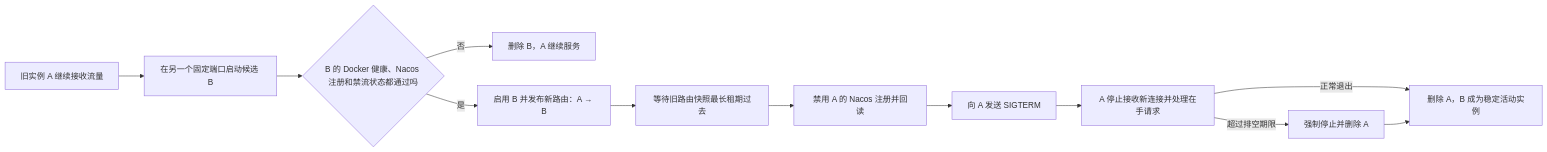
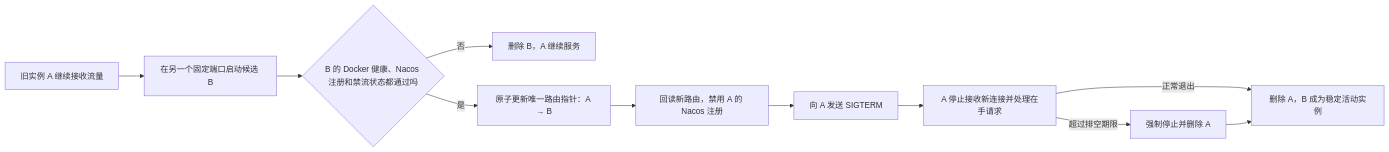
One commit to willLeek2/alphafrog-micro changed the diagram in deploy/beta/contract-0-3-manifest-global-state.md. Above: the diagram before and after it, drawn with Mermaid. The commit also changed other lines of this file and 3 other files, not shown here.

````diff
--- a/deploy/beta/contract-0-3-manifest-global-state.md
+++ b/deploy/beta/contract-0-3-manifest-global-state.md
@@ -17,14 +17,13 @@
 ```mermaid
 flowchart LR
     A[旧实例 A 继续接收流量] --> B[在另一个固定端口启动候选 B]
     B --> C{B 的 Docker 健康、Nacos 注册和禁流状态都通过吗}
     C -->|否| D[删除 B，A 继续服务]
-    C -->|是| E[启用 B 并发布新路由：A → B]
-    E --> L[等待旧路由快照最长租期过去]
-    L --> X[禁用 A 的 Nacos 注册并回读]
+    C -->|是| E[原子更新唯一路由指针：A → B]
+    E --> X[回读新路由，禁用 A 的 Nacos 注册]
     X --> F[向 A 发送 SIGTERM]
     F --> G[A 停止接收新连接并处理在手请求]
     G -->|正常退出| H[删除 A，B 成为稳定活动实例]
     G -->|超过排空期限| I[强制停止并删除 A]
     I --> H
 ```
````
